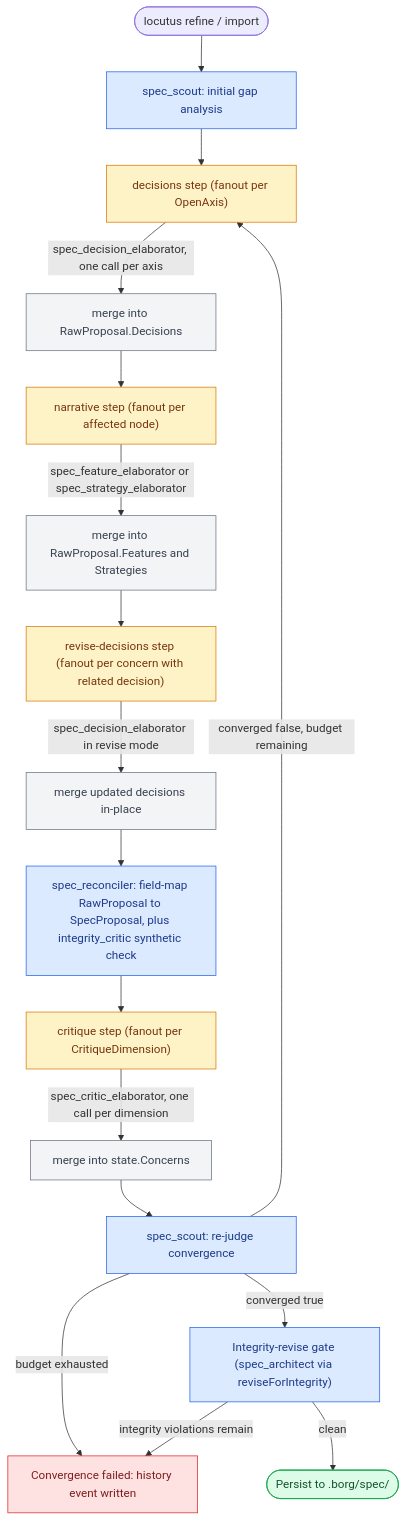
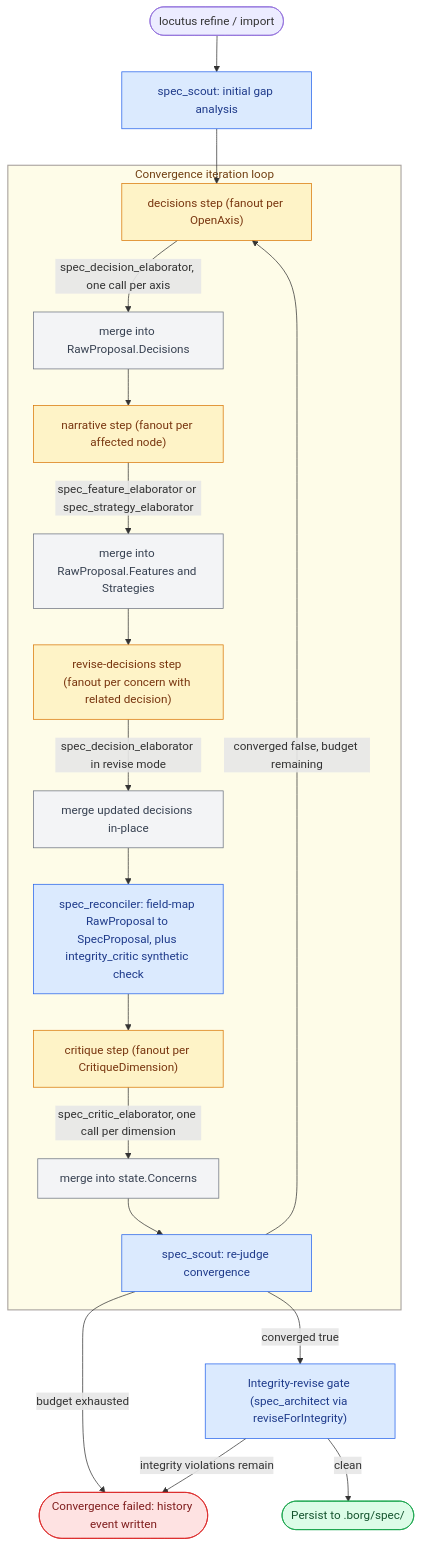
The diagram in docs/council.md (glorious-beard/locutus), drawn with Mermaid before and after one commit.

Commit message:
docs(council): add subgraph back, pale yellow background, match terminal shapes
Three small refinements to the workflow diagram after VS Code preview
verification:

  - Subgraph re-added around the iteration loop (using the
    conservative syntax that works in older Mermaid versions: no
    `direction TB`, nodes declared at the top before edges, all loop
    edges declared inside the subgraph). The earlier removal worked
    but lost the visual grouping that signals "this is the
    convergence loop body."

  - Pale yellow subgraph background (#fefce8 fill, #a8a29e stone
    stroke, #713f12 yellow-900 title). Lighter than the fanout
    nodes' #fef3c7 so the subgraph reads as background and fanout
    nodes pop one shade more saturated; doesn't clash with the
    existing class colors (blue/amber/gray/red/green).

  - Failed terminal state reshaped from square box to stadium
    `(["..."])` to match the Done terminal's shape — both are loop-
    exit states and should have visually consistent shapes; the
    terminal classDef's red fill keeps Failed distinct from the
    done classDef's green fill.

````diff
--- a/docs/council.md
+++ b/docs/council.md
@@ -21,37 +21,49 @@
 ```mermaid
 graph TD
     Start(["locutus refine / import"]) --> Scout0["spec_scout: initial gap analysis"]
-    Scout0 --> Decisions["decisions step (fanout per OpenAxis)"]
+    Scout0 --> Decisions
 
-    Decisions -- "spec_decision_elaborator, one call per axis" --> DecisionsDone["merge into RawProposal.Decisions"]
-    DecisionsDone --> Narrative["narrative step (fanout per affected node)"]
+    subgraph loop ["Convergence iteration loop"]
+        Decisions["decisions step (fanout per OpenAxis)"]
+        DecisionsDone["merge into RawProposal.Decisions"]
+        Narrative["narrative step (fanout per affected node)"]
+        NarrativeDone["merge into RawProposal.Features and Strategies"]
+        Revise["revise-decisions step (fanout per concern with related decision)"]
+        ReviseDone["merge updated decisions in-place"]
+        Reconcile["spec_reconciler: field-map RawProposal to SpecProposal, plus integrity_critic synthetic check"]
+        Critique["critique step (fanout per CritiqueDimension)"]
+        CritiqueDone["merge into state.Concerns"]
+        ScoutTail["spec_scout: re-judge convergence"]
 
-    Narrative -- "spec_feature_elaborator or spec_strategy_elaborator" --> NarrativeDone["merge into RawProposal.Features and Strategies"]
-    NarrativeDone --> Revise["revise-decisions step (fanout per concern with related decision)"]
-
-    Revise -- "spec_decision_elaborator in revise mode" --> ReviseDone["merge updated decisions in-place"]
-    ReviseDone --> Reconcile["spec_reconciler: field-map RawProposal to SpecProposal, plus integrity_critic synthetic check"]
-
-    Reconcile --> Critique["critique step (fanout per CritiqueDimension)"]
-    Critique -- "spec_critic_elaborator, one call per dimension" --> CritiqueDone["merge into state.Concerns"]
-    CritiqueDone --> ScoutTail["spec_scout: re-judge convergence"]
+        Decisions -- "spec_decision_elaborator, one call per axis" --> DecisionsDone
+        DecisionsDone --> Narrative
+        Narrative -- "spec_feature_elaborator or spec_strategy_elaborator" --> NarrativeDone
+        NarrativeDone --> Revise
+        Revise -- "spec_decision_elaborator in revise mode" --> ReviseDone
+        ReviseDone --> Reconcile
+        Reconcile --> Critique
+        Critique -- "spec_critic_elaborator, one call per dimension" --> CritiqueDone
+        CritiqueDone --> ScoutTail
+    end
 
     ScoutTail -- "converged false, budget remaining" --> Decisions
     ScoutTail -- "converged true" --> Persist["Integrity-revise gate (spec_architect via reviseForIntegrity)"]
-    ScoutTail -- "budget exhausted" --> Failed["Convergence failed: history event written"]
+    ScoutTail -- "budget exhausted" --> Failed(["Convergence failed: history event written"])
 
     Persist -- "integrity violations remain" --> Failed
     Persist -- "clean" --> Done(["Persist to .borg/spec/"])
 
     classDef agent fill:#dbeafe,stroke:#2563eb,color:#1e3a8a
     classDef fanout fill:#fef3c7,stroke:#d97706,color:#78350f
     classDef merge fill:#f3f4f6,stroke:#6b7280,color:#374151
     classDef terminal fill:#fee2e2,stroke:#dc2626,color:#7f1d1d
     classDef done fill:#dcfce7,stroke:#16a34a,color:#14532d
 
     class Scout0,Reconcile,ScoutTail,Persist agent
     class Decisions,Narrative,Revise,Critique fanout
     class DecisionsDone,NarrativeDone,ReviseDone,CritiqueDone merge
     class Failed terminal
     class Done done
+
+    style loop fill:#fefce8,stroke:#a8a29e,stroke-width:1.5px,color:#713f12
 ```
````
